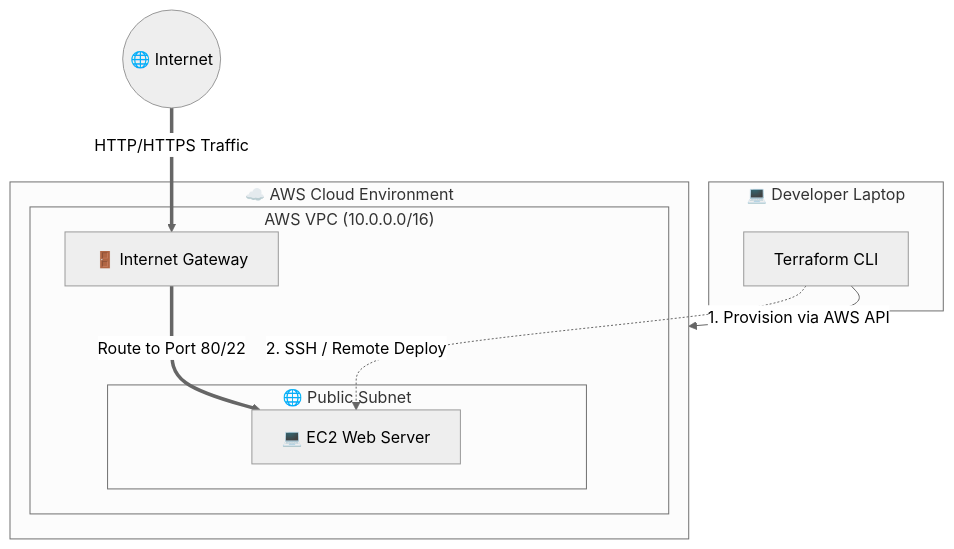
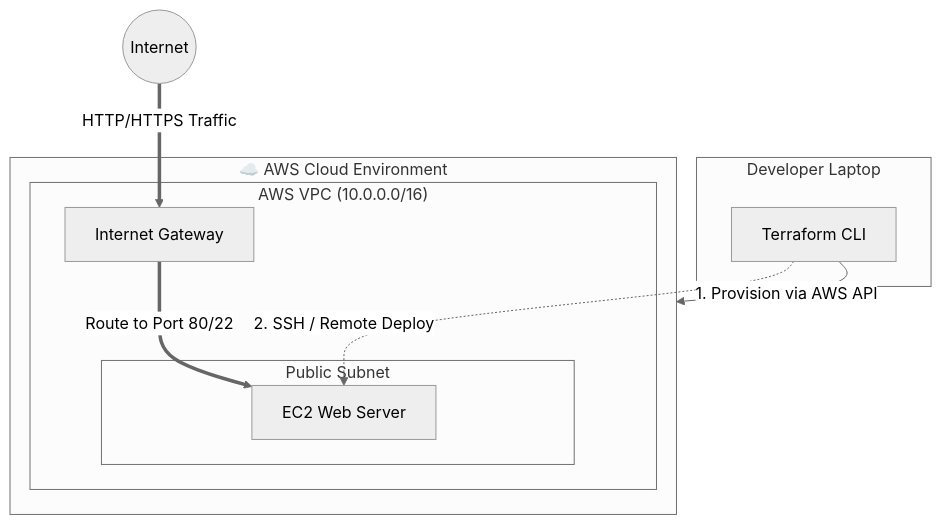
The diagram in README.md (ades012/bobobox), drawn with Mermaid (neutral theme) before and after one commit.

Commit message:
edit diagram task 3

````diff
--- a/README.md
+++ b/README.md
@@ -111,24 +111,24 @@
 ```mermaid
 graph TD
-    Internet((🌐 Internet))
+    Internet(( Internet))
 
-    subgraph Laptop ["💻 Developer Laptop"]
+    subgraph Laptop ["Developer Laptop"]
         TF[Terraform CLI]
     end
 
     subgraph AWS ["☁️ AWS Cloud Environment"]
         subgraph VPC ["AWS VPC (10.0.0.0/16)"]
-            IGW[🚪 Internet Gateway]
+            IGW[Internet Gateway]
             
-            subgraph Public ["🌐 Public Subnet"]
-                EC2[💻 EC2 Web Server]
+            subgraph Public ["Public Subnet"]
+                EC2[EC2 Web Server]
             end
         end
     end
 
     Internet == "HTTP/HTTPS Traffic" ==> IGW
     IGW == "Route to Port 80/22" ==> EC2
 
     TF -- "1. Provision via AWS API" --> AWS
     TF -. "2. SSH / Remote Deploy" .-> EC2
 ```
````
